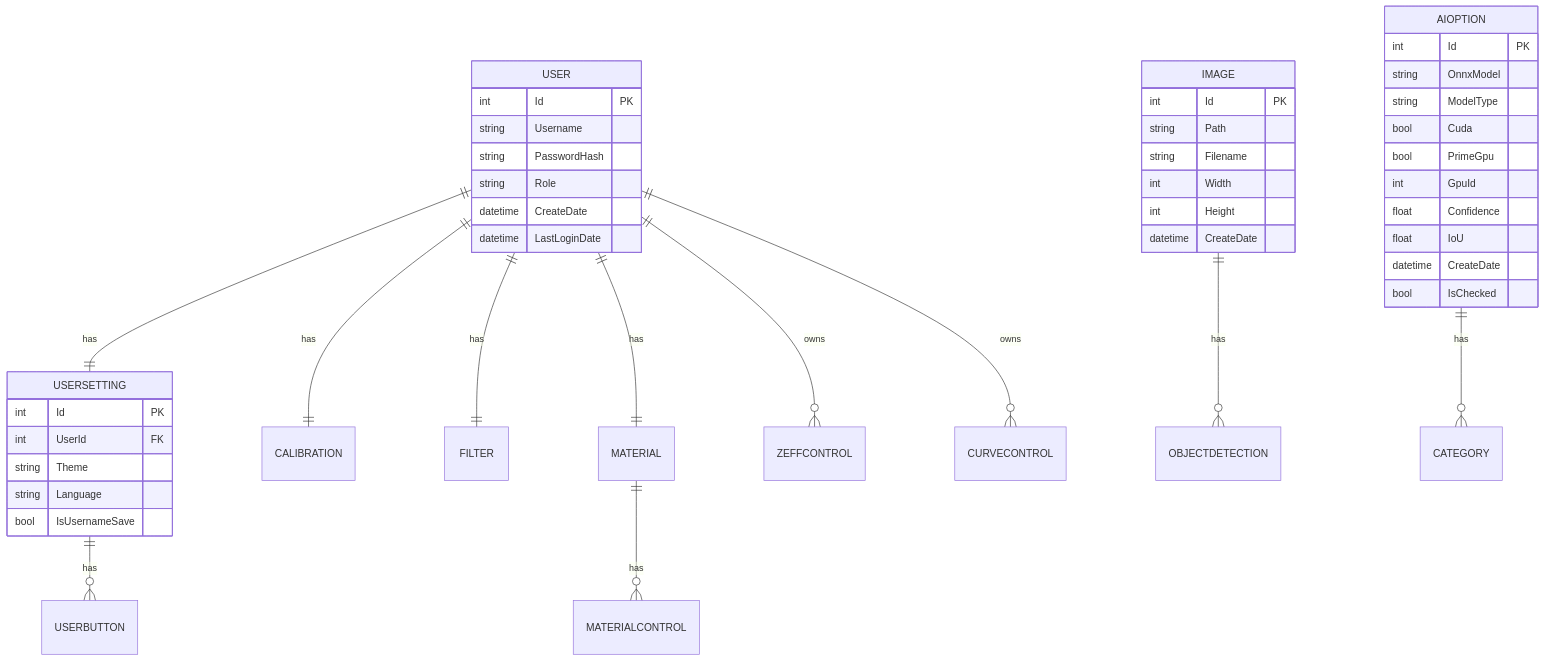
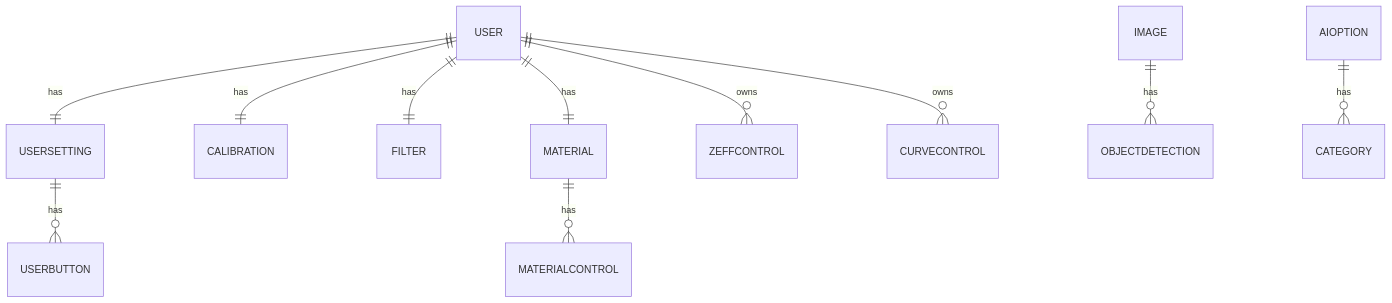
One commit to MZ-Prj/MZ.Xray.Prism changed the third of 3 diagrams in README.md. Above: the diagram before and after it, drawn with Mermaid. The commit also changed other lines of this file, not shown here.

````diff
--- a/README.md
+++ b/README.md
@@ -159,52 +148,16 @@
 ```mermaid
 erDiagram
     USER ||--|| USERSETTING : has
     USER ||--|| CALIBRATION : has
     USER ||--|| FILTER : has
     USER ||--|| MATERIAL : has
     USER ||--o{ ZEFFCONTROL : owns
     USER ||--o{ CURVECONTROL : owns
 
     USERSETTING ||--o{ USERBUTTON : has
     MATERIAL ||--o{ MATERIALCONTROL : has
 
     IMAGE ||--o{ OBJECTDETECTION : has
-
     AIOPTION ||--o{ CATEGORY : has
 
-    USER {
-        int Id PK
-        string Username
-        string PasswordHash
-        string Role
-        datetime CreateDate
-        datetime LastLoginDate
-    }
-    USERSETTING {
-        int Id PK
-        int UserId FK
-        string Theme
-        string Language
-        bool IsUsernameSave
-    }
-    IMAGE {
-        int Id PK
-        string Path
-        string Filename
-        int Width
-        int Height
-        datetime CreateDate
-    }
-    AIOPTION {
-        int Id PK
-        string OnnxModel
-        string ModelType
-        bool Cuda
-        bool PrimeGpu
-        int GpuId
-        float Confidence
-        float IoU
-        datetime CreateDate
-        bool IsChecked
-    }
 ```
````
